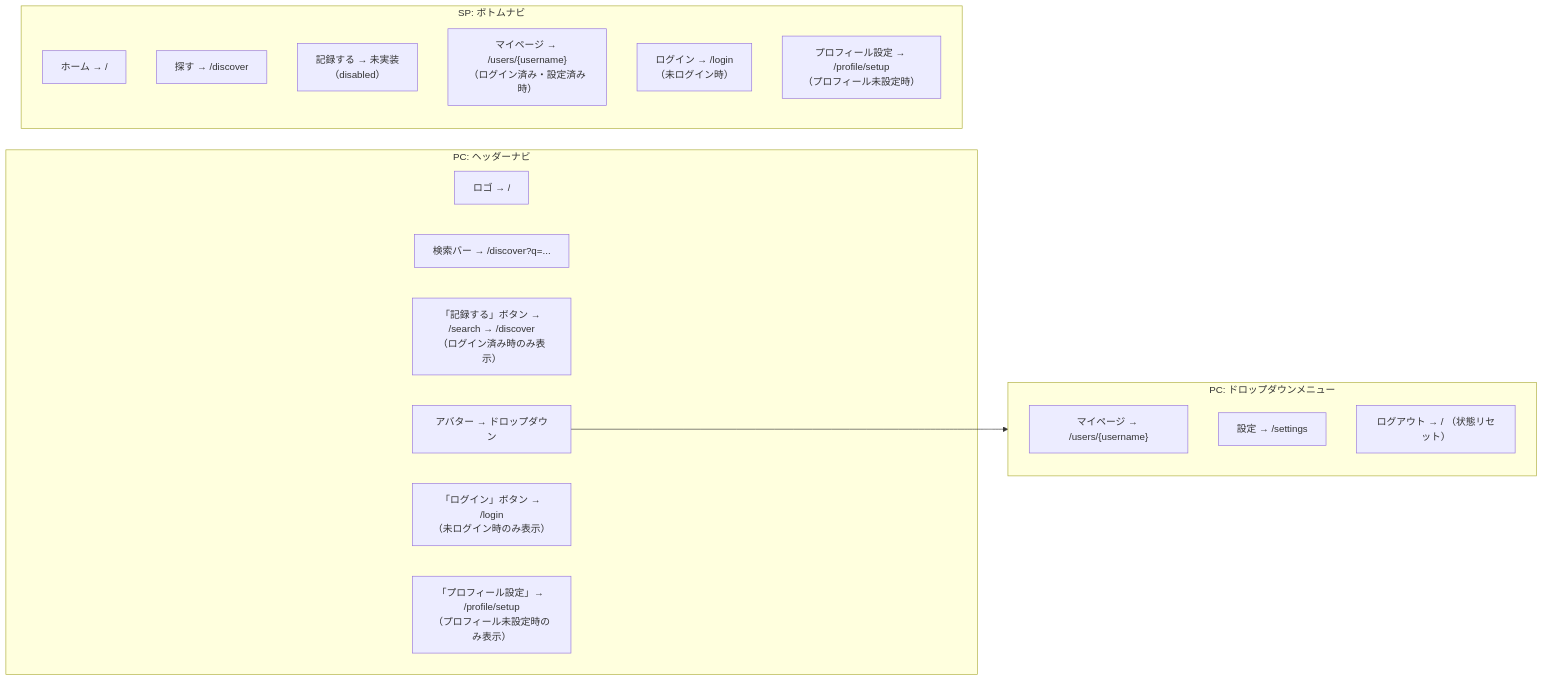
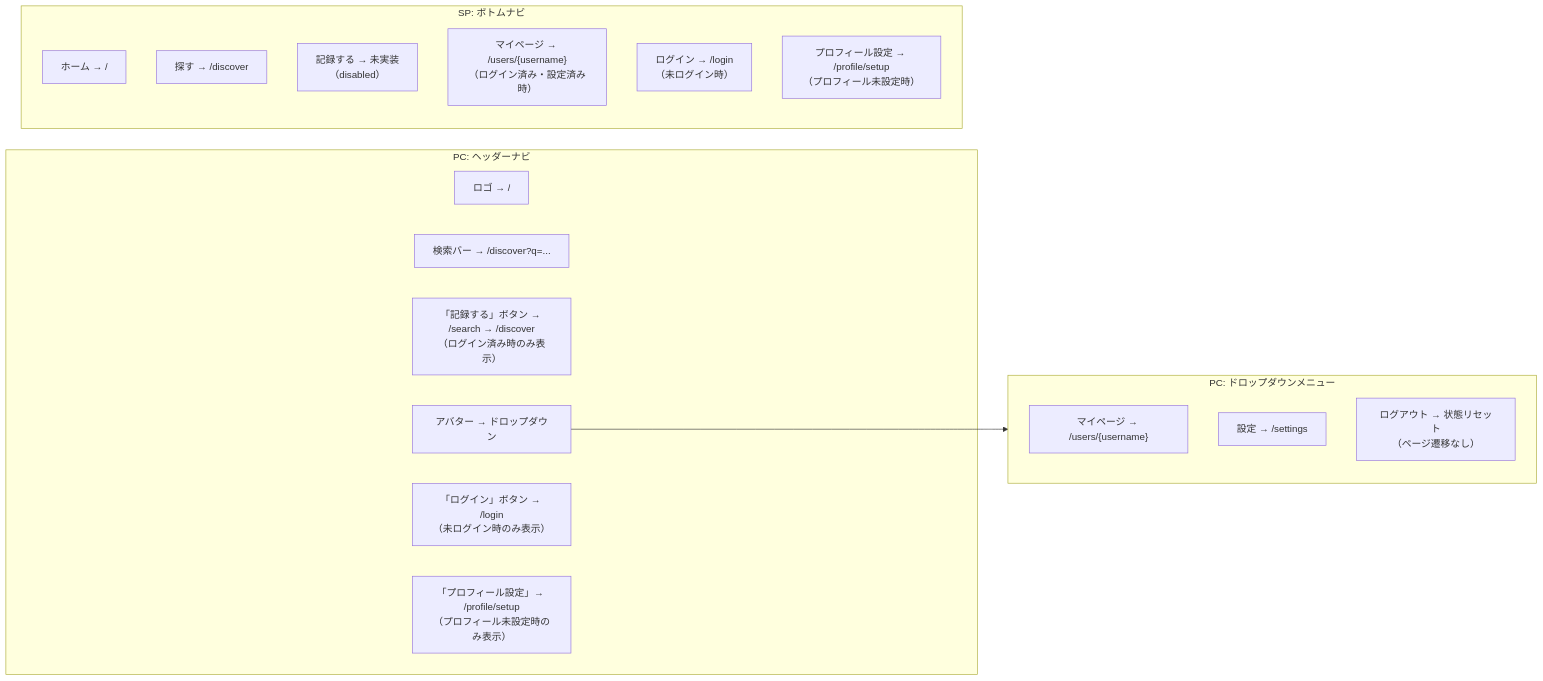
The third of 3 diagrams in frontend/docs/screens.md (Koseeee-27/podlog), drawn with Mermaid before and after one commit. The commit also changed other lines of this file, not shown here.

First line of the commit message:
fix: 画面遷移図を実装に合わせて修正

````diff
--- a/frontend/docs/screens.md
+++ b/frontend/docs/screens.md
@@ -170,28 +170,28 @@
 ```mermaid
 flowchart LR
     subgraph PC["PC: ヘッダーナビ"]
         PC_LOGO["ロゴ → /"]
         PC_SEARCH["検索バー → /discover?q=..."]
         PC_RECORD["「記録する」ボタン → /search → /discover<br>（ログイン済み時のみ表示）"]
         PC_AVATAR["アバター → ドロップダウン"]
         PC_LOGIN_BTN["「ログイン」ボタン → /login<br>（未ログイン時のみ表示）"]
         PC_SETUP_BTN["「プロフィール設定」→ /profile/setup<br>（プロフィール未設定時のみ表示）"]
     end
 
     subgraph DROPDOWN["PC: ドロップダウンメニュー"]
         DD_MYPAGE["マイページ → /users/{username}"]
         DD_SETTINGS["設定 → /settings"]
-        DD_LOGOUT["ログアウト → / （状態リセット）"]
+        DD_LOGOUT["ログアウト → 状態リセット<br>（ページ遷移なし）"]
     end
 
     subgraph SP["SP: ボトムナビ"]
         SP_HOME["ホーム → /"]
         SP_DISCOVER["探す → /discover"]
         SP_RECORD["記録する → 未実装<br>（disabled）"]
         SP_USER["マイページ → /users/{username}<br>（ログイン済み・設定済み時）"]
         SP_LOGIN["ログイン → /login<br>（未ログイン時）"]
         SP_SETUP["プロフィール設定 → /profile/setup<br>（プロフィール未設定時）"]
     end
 
     PC_AVATAR --> DROPDOWN
 ```
````
